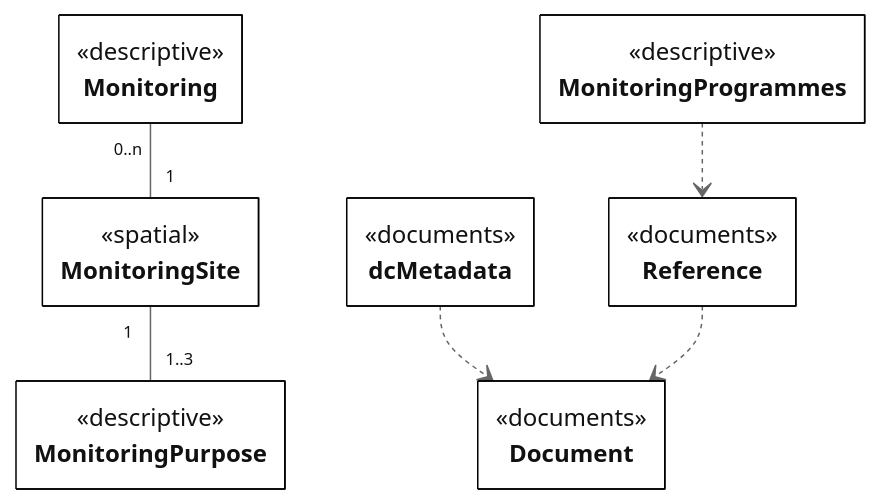
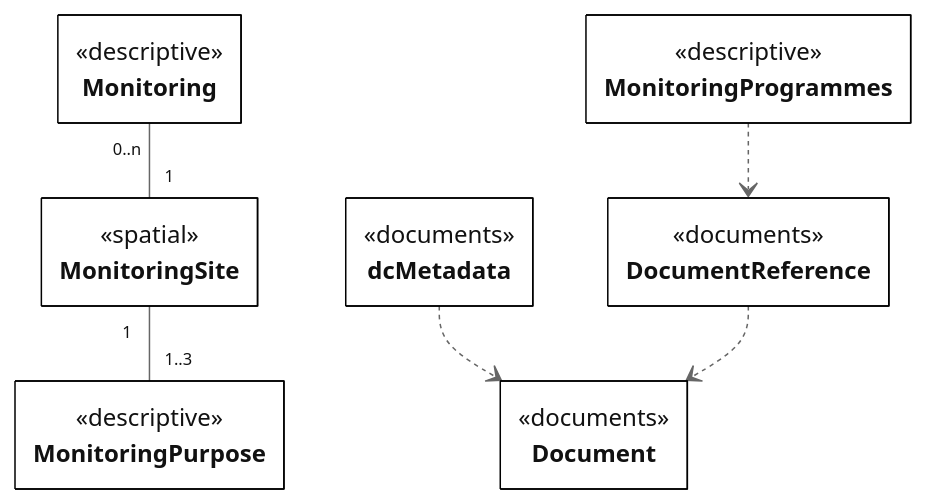
The diagram in docs/DataModelReview/mmd/Monitoring_4thCycle_Overview_ClassDiagram.mmd (eeadata/WISE.WFD.Documentation), drawn with Mermaid before and after one commit. The commit also changed 14 other files, not shown here.

First line of the commit message:
Correcting typo in the DocumentReference table name.

```diff
--- a/docs/DataModelReview/mmd/Monitoring_4thCycle_Overview_ClassDiagram.mmd
+++ b/docs/DataModelReview/mmd/Monitoring_4thCycle_Overview_ClassDiagram.mmd
@@ -1,27 +1,27 @@
 ---
 config:
   class:
     hideEmptyMembersBox: true
   layout: dagre
   theme: neutral
 ---
 classDiagram
 direction TB
 
 class dcMetadata{<<documents>>}
-class Reference{<<documents>>}
+class DocumentReference{<<documents>>}
 class Document {<<documents>>}
 class Monitoring{<<descriptive>>}
 class MonitoringPurpose{<<descriptive>>}
 class MonitoringProgrammes{<<descriptive>>}
 class MonitoringSite{<<spatial>>}
 
 dcMetadata ..> Document
-Reference ..> Document
-MonitoringProgrammes ..> Reference 
+DocumentReference ..> Document
+MonitoringProgrammes ..> DocumentReference 
 
 MonitoringSite "1" -- "1..3" MonitoringPurpose 
 Monitoring "0..n"-- "1" MonitoringSite 
 
 classDef default fill:white,stroke:#000;
 classDef forFixing fill:white,stroke:#f00;
```
